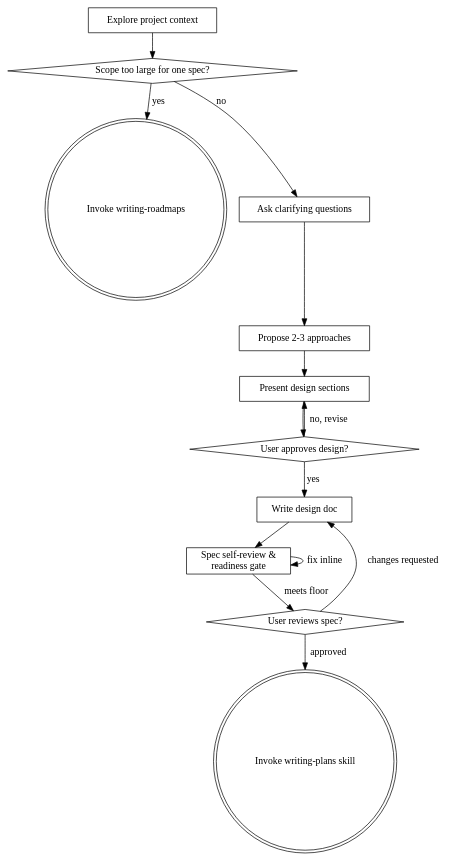
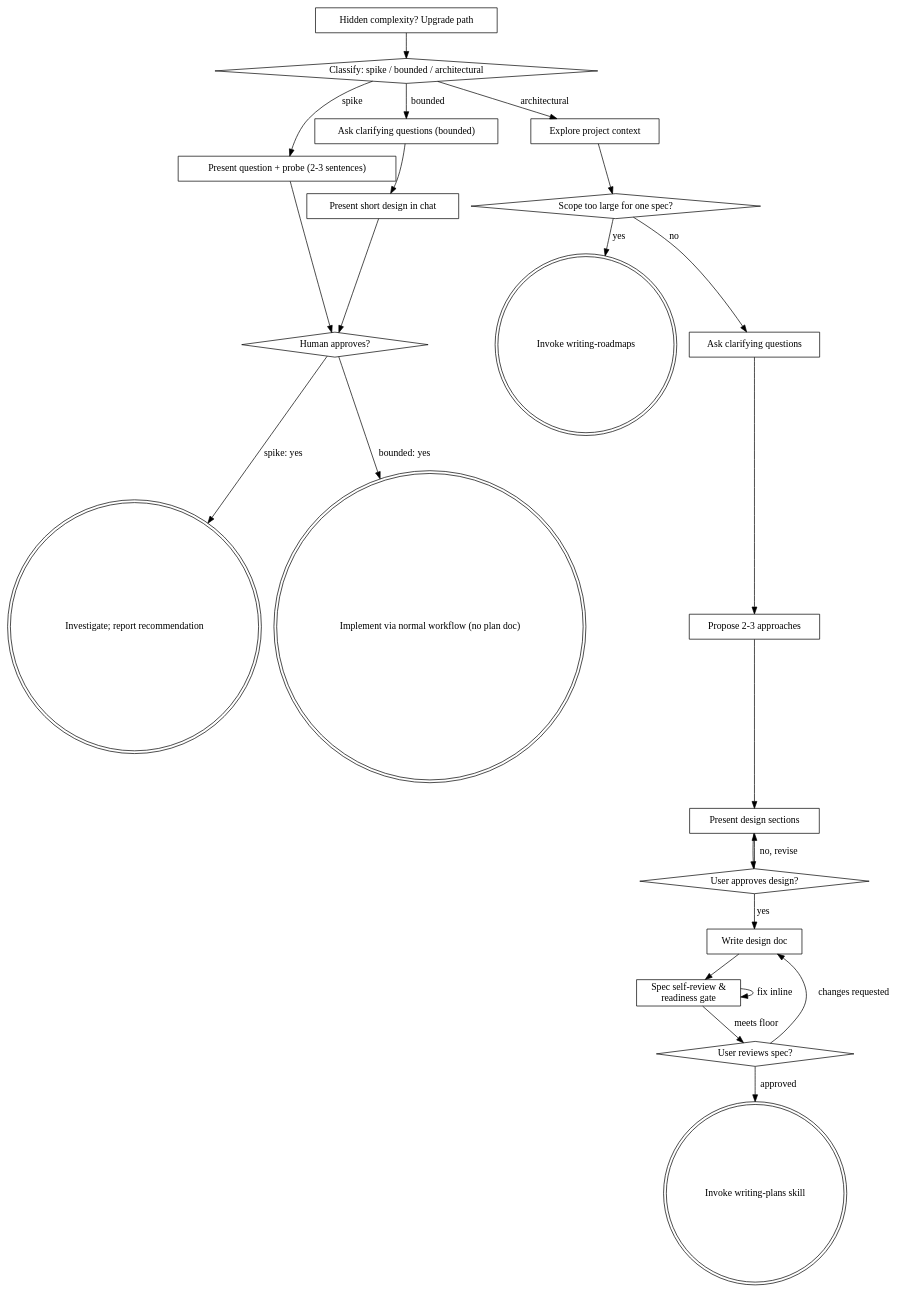
One commit to HarleyBartles/agent-asset-marketplace changed the diagram in .agents/skills/brainstorming/SKILL.md. Above: the diagram before and after it, drawn with Graphviz. The commit also changed other lines of this file and 94 other files, not shown here.

````diff
--- a/.agents/skills/brainstorming/SKILL.md
+++ b/.agents/skills/brainstorming/SKILL.md
@@ -63,29 +136,47 @@
 ```dot
 digraph brainstorming {
+    "Classify: spike / bounded / architectural" [shape=diamond];
+    "Present question + probe (2-3 sentences)" [shape=box];
+    "Ask clarifying questions (bounded)" [shape=box];
+    "Present short design in chat" [shape=box];
+    "Human approves?" [shape=diamond];
+    "Investigate; report recommendation" [shape=doublecircle];
+    "Implement via normal workflow (no plan doc)" [shape=doublecircle];
     "Explore project context" [shape=box];
     "Scope too large for one spec?" [shape=diamond];
     "Invoke writing-roadmaps" [shape=doublecircle];
     "Ask clarifying questions" [shape=box];
     "Propose 2-3 approaches" [shape=box];
     "Present design sections" [shape=box];
     "User approves design?" [shape=diamond];
     "Write design doc" [shape=box];
     "Spec self-review &\nreadiness gate" [shape=box];
     "User reviews spec?" [shape=diamond];
     "Invoke writing-plans skill" [shape=doublecircle];
+    "Hidden complexity? Upgrade path" [shape=box];
+
+    "Classify: spike / bounded / architectural" -> "Present question + probe (2-3 sentences)" [label="spike"];
+    "Classify: spike / bounded / architectural" -> "Ask clarifying questions (bounded)" [label="bounded"];
+    "Classify: spike / bounded / architectural" -> "Explore project context" [label="architectural"];
+    "Present question + probe (2-3 sentences)" -> "Human approves?";
+    "Ask clarifying questions (bounded)" -> "Present short design in chat";
+    "Present short design in chat" -> "Human approves?";
+    "Human approves?" -> "Investigate; report recommendation" [label="spike: yes"];
+    "Human approves?" -> "Implement via normal workflow (no plan doc)" [label="bounded: yes"];
+    "Hidden complexity? Upgrade path" -> "Classify: spike / bounded / architectural";
 
     "Explore project context" -> "Scope too large for one spec?";
     "Scope too large for one spec?" -> "Invoke writing-roadmaps" [label="yes"];
     "Scope too large for one spec?" -> "Ask clarifying questions" [label="no"];
     "Ask clarifying questions" -> "Propose 2-3 approaches";
     "Propose 2-3 approaches" -> "Present design sections";
     "Present design sections" -> "User approves design?";
     "User approves design?" -> "Present design sections" [label="no, revise"];
     "User approves design?" -> "Write design doc" [label="yes"];
     "Write design doc" -> "Spec self-review &\nreadiness gate";
     "Spec self-review &\nreadiness gate" -> "Spec self-review &\nreadiness gate" [label="fix inline"];
     "Spec self-review &\nreadiness gate" -> "User reviews spec?" [label="meets floor"];
     "User reviews spec?" -> "Write design doc" [label="changes requested"];
     "User reviews spec?" -> "Invoke writing-plans skill" [label="approved"];
 }
 ```
````
